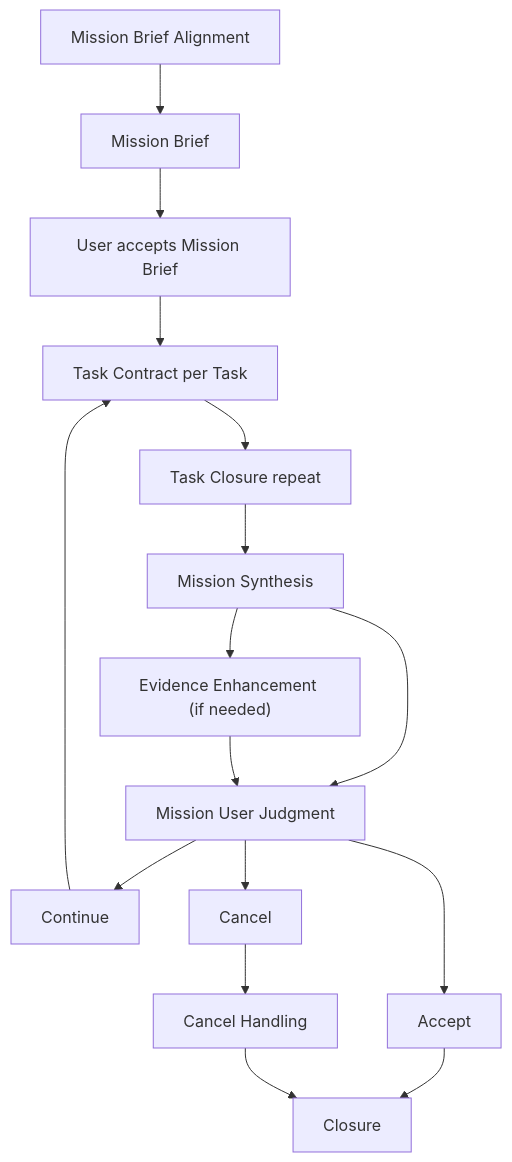
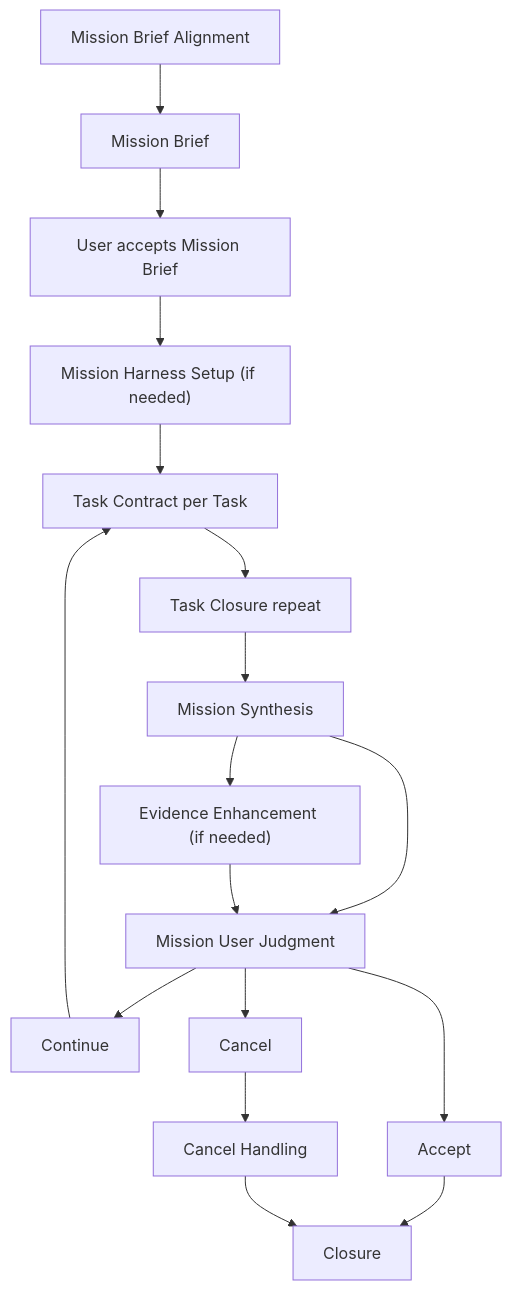
One commit to choam2426/Geas changed the diagram in docs/workflow/mission.md. Above: the diagram before and after it, drawn with Mermaid. The commit also changed other lines of this file and 5 other files, not shown here.

Commit message:
Add harness setup workflow

````diff
--- a/docs/workflow/mission.md
+++ b/docs/workflow/mission.md
@@ -15,21 +17,22 @@
 ```mermaid
 flowchart TD
   align["Mission Brief Alignment"] --> brief["Mission Brief"]
   brief --> briefAccept["User accepts Mission Brief"]
-  briefAccept --> taskLoop["Task Contract per Task"]
+  briefAccept --> harness["Mission Harness Setup (if needed)"]
+  harness --> taskLoop["Task Contract per Task"]
   taskLoop --> taskRepeat["Task Closure repeat"]
   taskRepeat --> synthesis["Mission Synthesis"]
   synthesis --> missionJudgment["Mission User Judgment"]
   synthesis --> evidenceEnhance["Evidence Enhancement (if needed)"]
   evidenceEnhance --> missionJudgment
 
   missionJudgment --> accept["Accept"]
   accept --> closure["Closure"]
 
   missionJudgment --> continue["Continue"]
   continue --> taskLoop
 
   missionJudgment --> cancel["Cancel"]
   cancel --> cancelHandling["Cancel Handling"]
   cancelHandling --> closure
 ```
````
